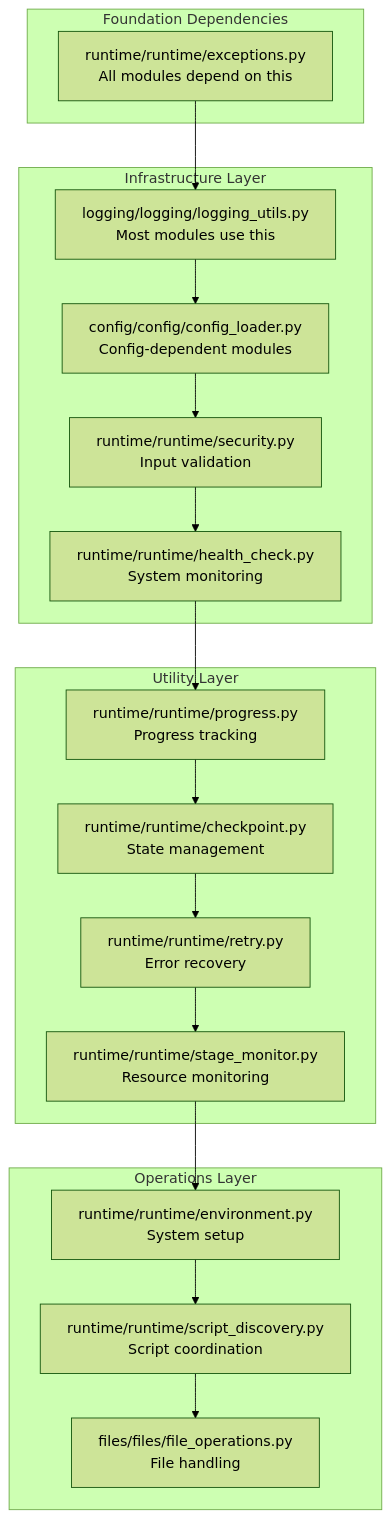
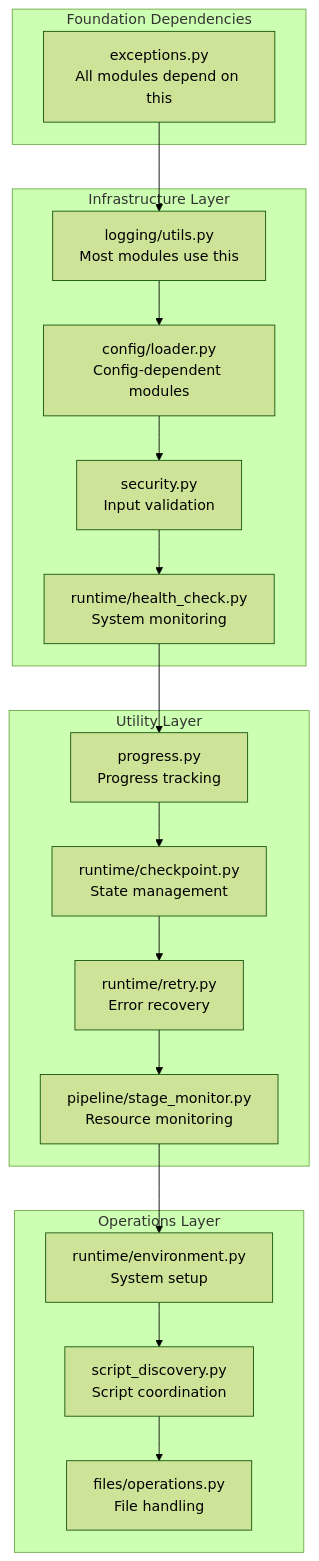
The fifth of 5 diagrams in infrastructure/core/README.md (docxology/template), drawn with Mermaid (forest theme) before and after one commit. The commit also changed other lines of this file and 1035 other files, not shown here.

````diff
--- a/infrastructure/core/README.md
+++ b/infrastructure/core/README.md
@@ -206,43 +206,43 @@
 ```mermaid
 graph TD
     subgraph Base["Foundation Dependencies"]
-        EXCEPTIONS[runtime/runtime/exceptions.py<br/>All modules depend on this]
+        EXCEPTIONS[exceptions.py<br/>All modules depend on this]
     end
 
     subgraph Infrastructure["Infrastructure Layer"]
-        LOGGING[logging/logging/logging_utils.py<br/>Most modules use this]
-        CONFIG[config/config/config_loader.py<br/>Config-dependent modules]
-        SECURITY[runtime/runtime/security.py<br/>Input validation]
-        HEALTH[runtime/runtime/health_check.py<br/>System monitoring]
+        LOGGING[logging/utils.py<br/>Most modules use this]
+        CONFIG[config/loader.py<br/>Config-dependent modules]
+        SECURITY[security.py<br/>Input validation]
+        HEALTH[runtime/health_check.py<br/>System monitoring]
     end
 
     subgraph Utilities["Utility Layer"]
-        PROGRESS[runtime/runtime/progress.py<br/>Progress tracking]
-        CHECKPOINT[runtime/runtime/checkpoint.py<br/>State management]
-        RETRY[runtime/runtime/retry.py<br/>Error recovery]
-        PERFORMANCE[runtime/runtime/stage_monitor.py<br/>Resource monitoring]
+        PROGRESS[progress.py<br/>Progress tracking]
+        CHECKPOINT[runtime/checkpoint.py<br/>State management]
+        RETRY[runtime/retry.py<br/>Error recovery]
+        PERFORMANCE[pipeline/stage_monitor.py<br/>Resource monitoring]
     end
 
     subgraph Operations["Operations Layer"]
-        ENVIRONMENT[runtime/runtime/environment.py<br/>System setup]
-        SCRIPTS[runtime/runtime/script_discovery.py<br/>Script coordination]
-        FILES[files/files/file_operations.py<br/>File handling]
+        ENVIRONMENT[runtime/environment.py<br/>System setup]
+        SCRIPTS[script_discovery.py<br/>Script coordination]
+        FILES[files/operations.py<br/>File handling]
     end
 
     EXCEPTIONS --> LOGGING
     LOGGING --> CONFIG
     CONFIG --> SECURITY
     SECURITY --> HEALTH
     HEALTH --> PROGRESS
     PROGRESS --> CHECKPOINT
     CHECKPOINT --> RETRY
     RETRY --> PERFORMANCE
     PERFORMANCE --> ENVIRONMENT
     ENVIRONMENT --> SCRIPTS
     SCRIPTS --> FILES
 
     class Base base
     class Infrastructure infra
     class Utilities util
     class Operations ops
 ```
````
